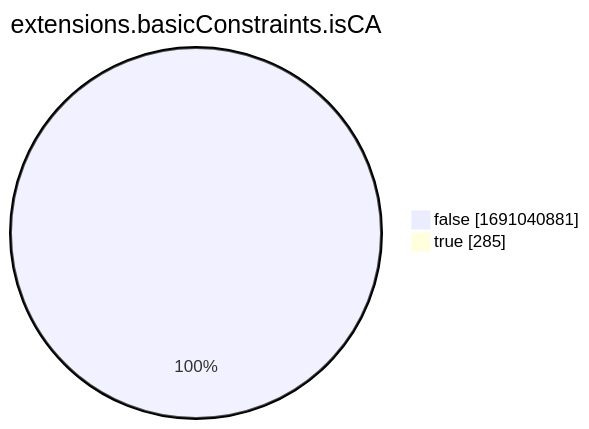
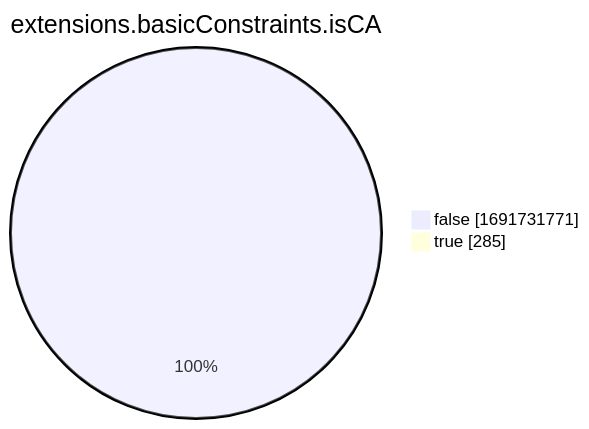
Before and after one commit to christiankrug/ctmonitor_visualization: the eighth of 15 diagrams in xenon2022/README.md, drawn with Mermaid. The commit also changed other lines of this file, not shown here.

````diff
--- a/xenon2022/README.md
+++ b/xenon2022/README.md
@@ -2865,6 +2865,6 @@
 ```mermaid
 pie showData
 title extensions.basicConstraints.isCA
-"false" :1691040881
+"false" :1691731771
 "true" :285
 ```
````
